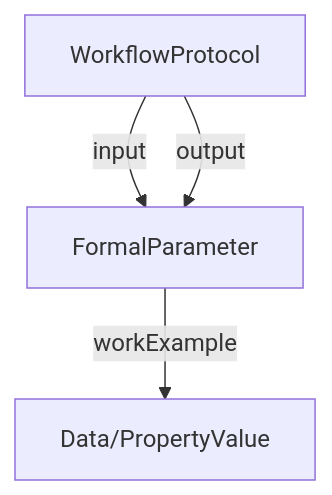
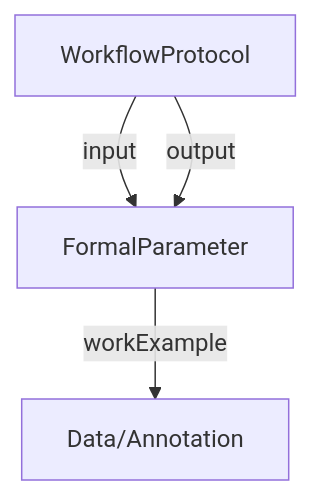
The diagram in docs/spec/decorations/workflow-run/FormalParameter.md (HLWeil/ProcessCore), drawn with Mermaid before and after one commit. The commit also changed other lines of this file and 134 other files, not shown here.

````diff
--- a/docs/spec/decorations/workflow-run/FormalParameter.md
+++ b/docs/spec/decorations/workflow-run/FormalParameter.md
@@ -34,6 +34,6 @@
 ```mermaid
 flowchart TD
     WorkflowProtocol --input--> FormalParameter
     WorkflowProtocol --"output"--> FormalParameter
-    FormalParameter --workExample--> Data/PropertyValue
+    FormalParameter --workExample--> Data/Annotation
 ```
````
